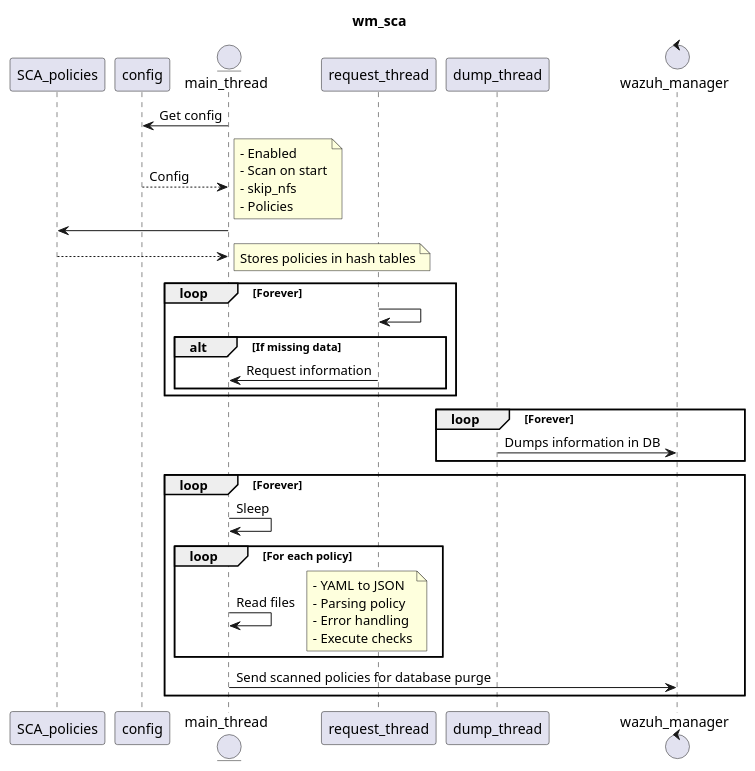
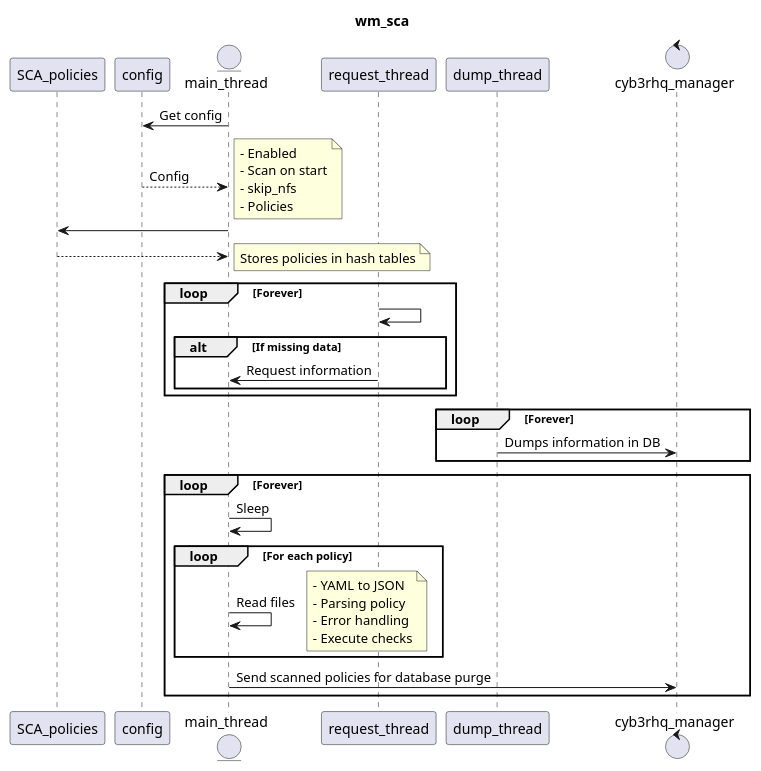
One commit to Cyb3rhq/cyb3rhq changed the diagram in architecture/wm_sca/001-sequence.puml. Above: the diagram before and after it, drawn with PlantUML. The commit also changed other lines of this file and 2972 other files, not shown here.

```diff
--- a/architecture/wm_sca/001-sequence.puml
+++ b/architecture/wm_sca/001-sequence.puml
@@ -5,51 +5,51 @@
 @startuml
 title wm_sca
 
 participant SCA_policies 
 participant config
 entity main_thread
 participant request_thread
 participant dump_thread
-control wazuh_manager
+control cyb3rhq_manager
 
 main_thread -> config : Get config
 config --> main_thread : Config
 note right
     - Enabled
     - Scan on start
     - skip_nfs
     - Policies
 end note
 
 main_thread -> SCA_policies
 SCA_policies --> main_thread
 note right
     Stores policies in hash tables
 end note
 
 loop Forever
     request_thread -> request_thread
     alt If missing data
         request_thread -> main_thread: Request information
     end
 end
 
 loop Forever
-    dump_thread -> wazuh_manager: Dumps information in DB
+    dump_thread -> cyb3rhq_manager: Dumps information in DB
 end
 
 loop Forever
     main_thread -> main_thread: Sleep
         loop For each policy
             main_thread -> main_thread: Read files
             note right
                  - YAML to JSON
                  - Parsing policy
                  - Error handling
                  - Execute checks
             end note
         end
-    main_thread -> wazuh_manager: Send scanned policies for database purge
+    main_thread -> cyb3rhq_manager: Send scanned policies for database purge
 end
 
 @enduml
```
